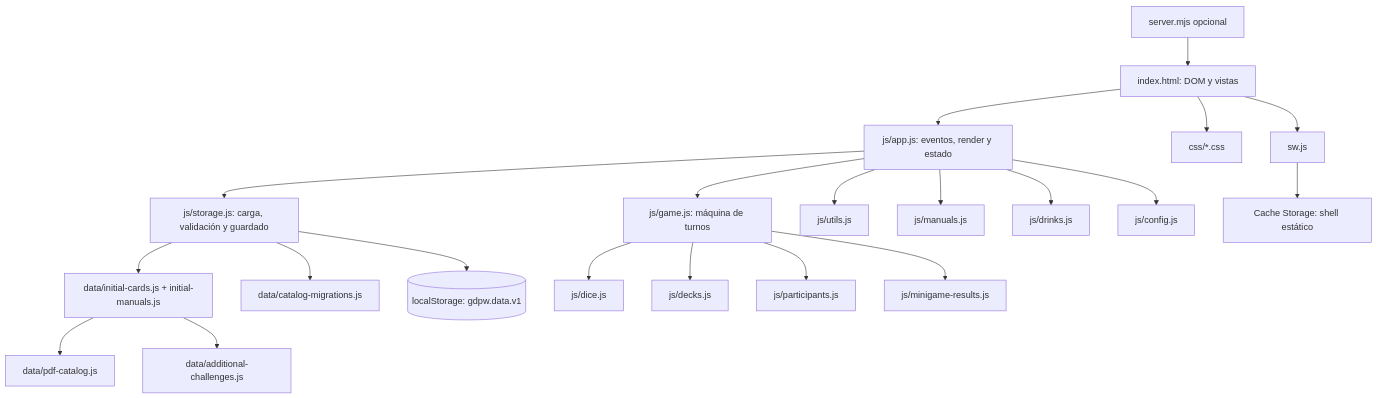
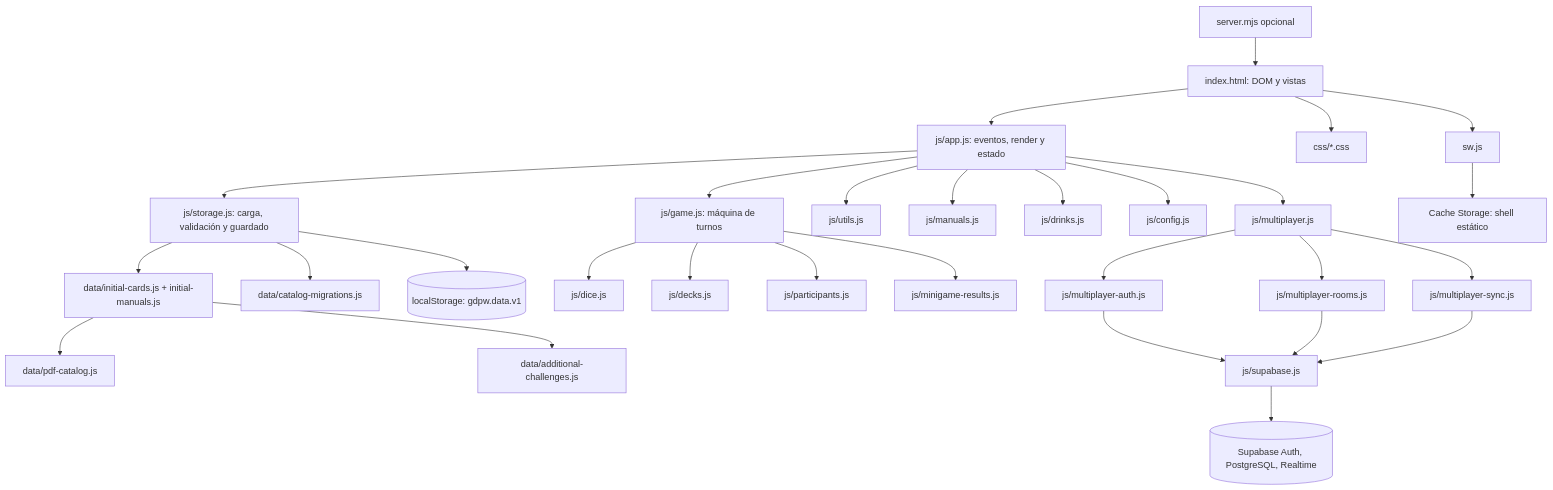
One commit to orion-automations/getdrunkparty.github.io changed the diagram in DOCUMENTACION_TECNICA/02_ARQUITECTURA_Y_FUNCIONAMIENTO.md. Above: the diagram before and after it, drawn with Mermaid. The commit also changed other lines of this file and 26 other files, not shown here.

````diff
--- a/DOCUMENTACION_TECNICA/02_ARQUITECTURA_Y_FUNCIONAMIENTO.md
+++ b/DOCUMENTACION_TECNICA/02_ARQUITECTURA_Y_FUNCIONAMIENTO.md
@@ -5,23 +5,31 @@
 ```mermaid
 flowchart TD
   HTML[index.html: DOM y vistas] --> APP[js/app.js: eventos, render y estado]
   APP --> STORE[js/storage.js: carga, validación y guardado]
   STORE --> INIT[data/initial-cards.js + initial-manuals.js]
   INIT --> PDF[data/pdf-catalog.js]
   INIT --> ADD[data/additional-challenges.js]
   STORE --> MIG[data/catalog-migrations.js]
   APP --> GAME[js/game.js: máquina de turnos]
   GAME --> DICE[js/dice.js]
   GAME --> DECK[js/decks.js]
   GAME --> PLAYER[js/participants.js]
   GAME --> MINI[js/minigame-results.js]
   APP --> UTILS[js/utils.js]
   APP --> MAN[js/manuals.js]
   APP --> DRINK[js/drinks.js]
   APP --> CONFIG[js/config.js]
+  APP --> MP[js/multiplayer.js]
+  MP --> AUTH[js/multiplayer-auth.js]
+  MP --> ROOMS[js/multiplayer-rooms.js]
+  MP --> SYNC[js/multiplayer-sync.js]
+  AUTH --> SDK[js/supabase.js]
+  ROOMS --> SDK
+  SYNC --> SDK
+  SDK --> SB[(Supabase Auth, PostgreSQL, Realtime)]
   HTML --> CSS[css/*.css]
   HTML --> SW[sw.js]
   SW --> CACHE[Cache Storage: shell estático]
   STORE --> LS[(localStorage: gdpw.data.v1)]
   SERVER[server.mjs opcional] --> HTML
 ```
````
